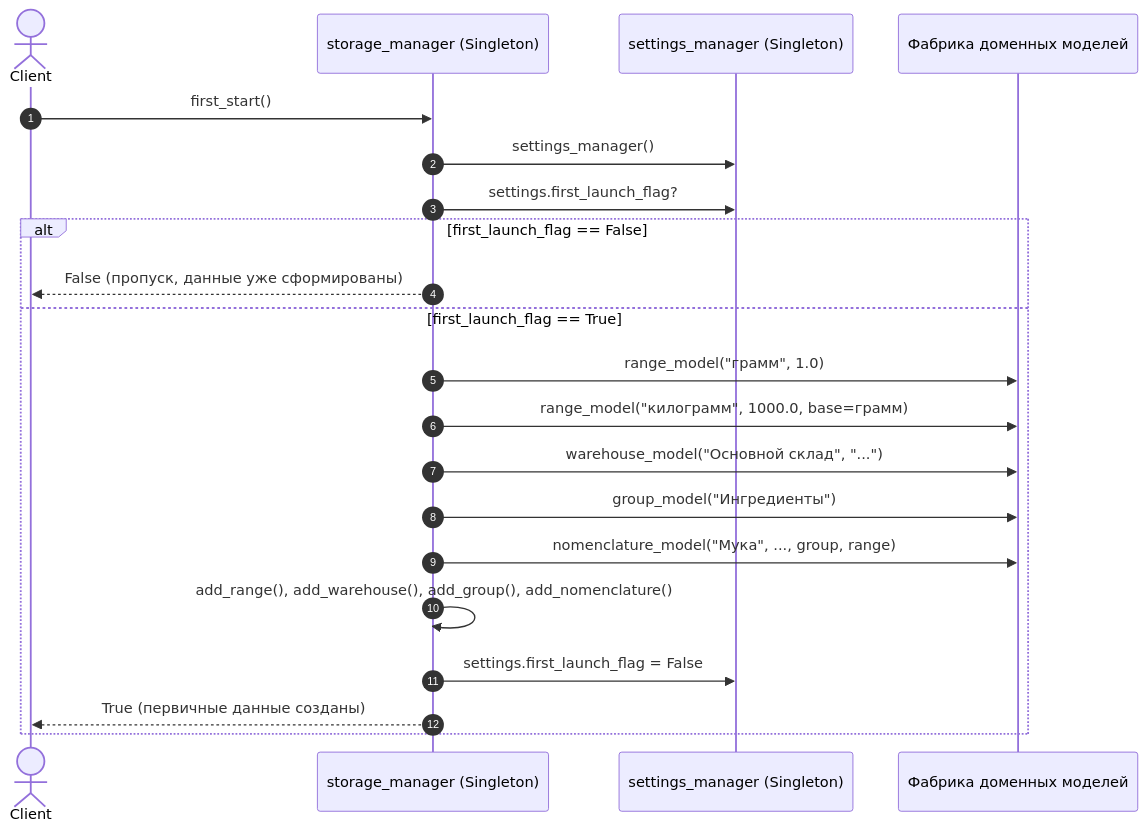
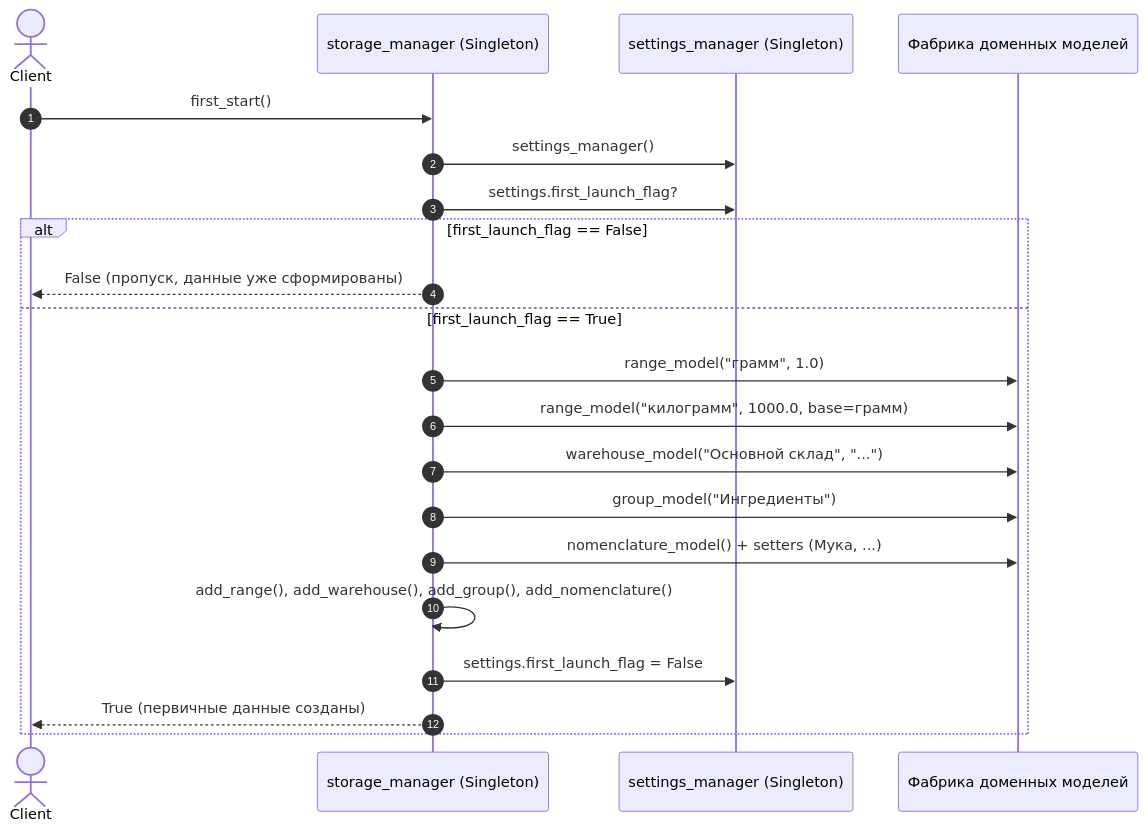
One commit to Hikaru-Hrn/Patterns2026_YM changed the fourth of 4 diagrams in _docs/UML_diagrams.md. Above: the diagram before and after it, drawn with Mermaid. The commit also changed other lines of this file, not shown here.

Commit message:
updated UML

````diff
--- a/_docs/UML_diagrams.md
+++ b/_docs/UML_diagrams.md
@@ -214,24 +215,24 @@
 ```mermaid
 sequenceDiagram
     autonumber
     actor Client
     participant Store as storage_manager (Singleton)
     participant Sett as settings_manager (Singleton)
     participant Models as Фабрика доменных моделей
 
     Client->>Store: first_start()
     Store->>Sett: settings_manager()
     Store->>Sett: settings.first_launch_flag?
     alt first_launch_flag == False
         Store-->>Client: False (пропуск, данные уже сформированы)
     else first_launch_flag == True
         Store->>Models: range_model("грамм", 1.0)
         Store->>Models: range_model("килограмм", 1000.0, base=грамм)
         Store->>Models: warehouse_model("Основной склад", "...")
         Store->>Models: group_model("Ингредиенты")
-        Store->>Models: nomenclature_model("Мука", ..., group, range)
+        Store->>Models: nomenclature_model() + setters (Мука, ...)
         Store->>Store: add_range(), add_warehouse(), add_group(), add_nomenclature()
         Store->>Sett: settings.first_launch_flag = False
         Store-->>Client: True (первичные данные созданы)
     end
 ```
````
